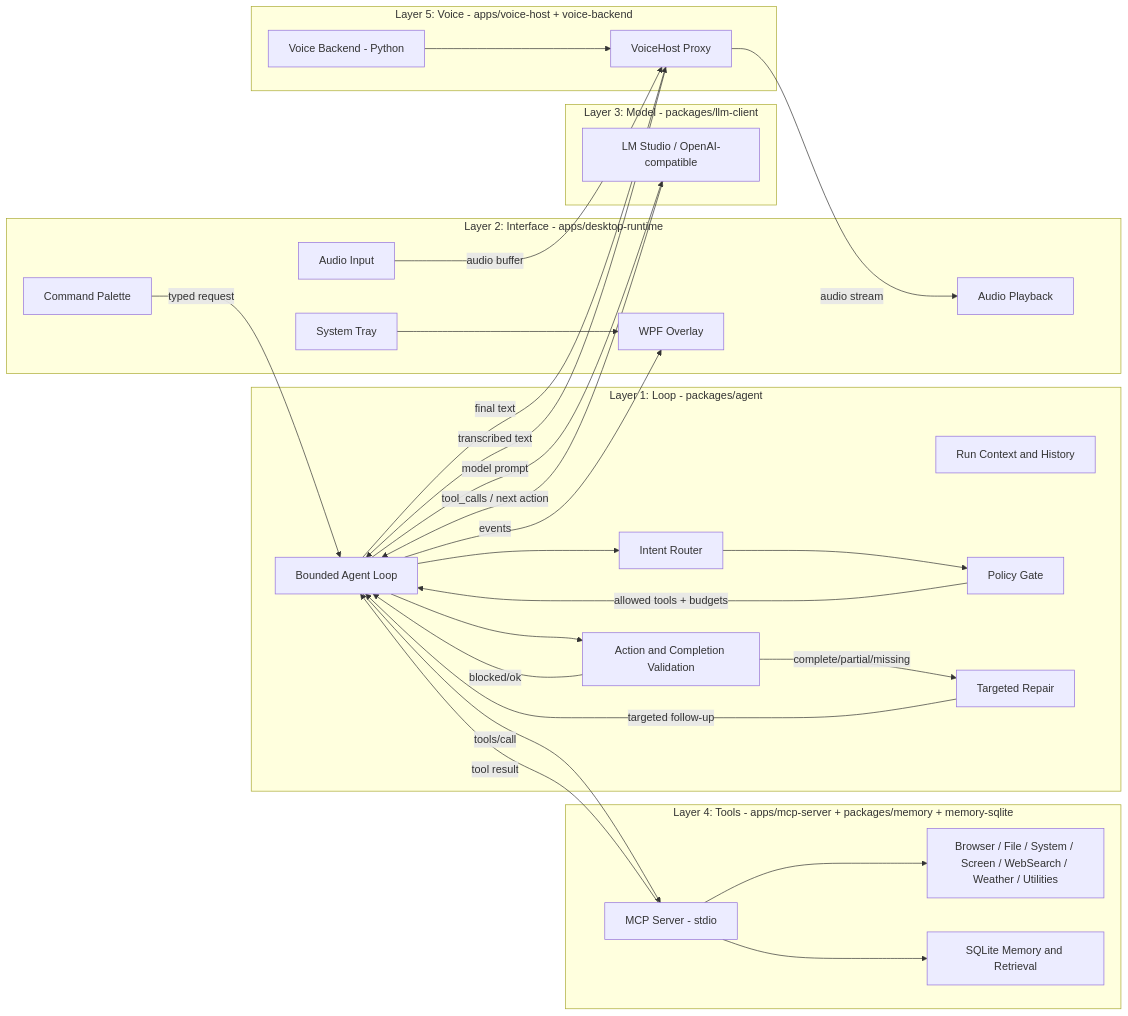
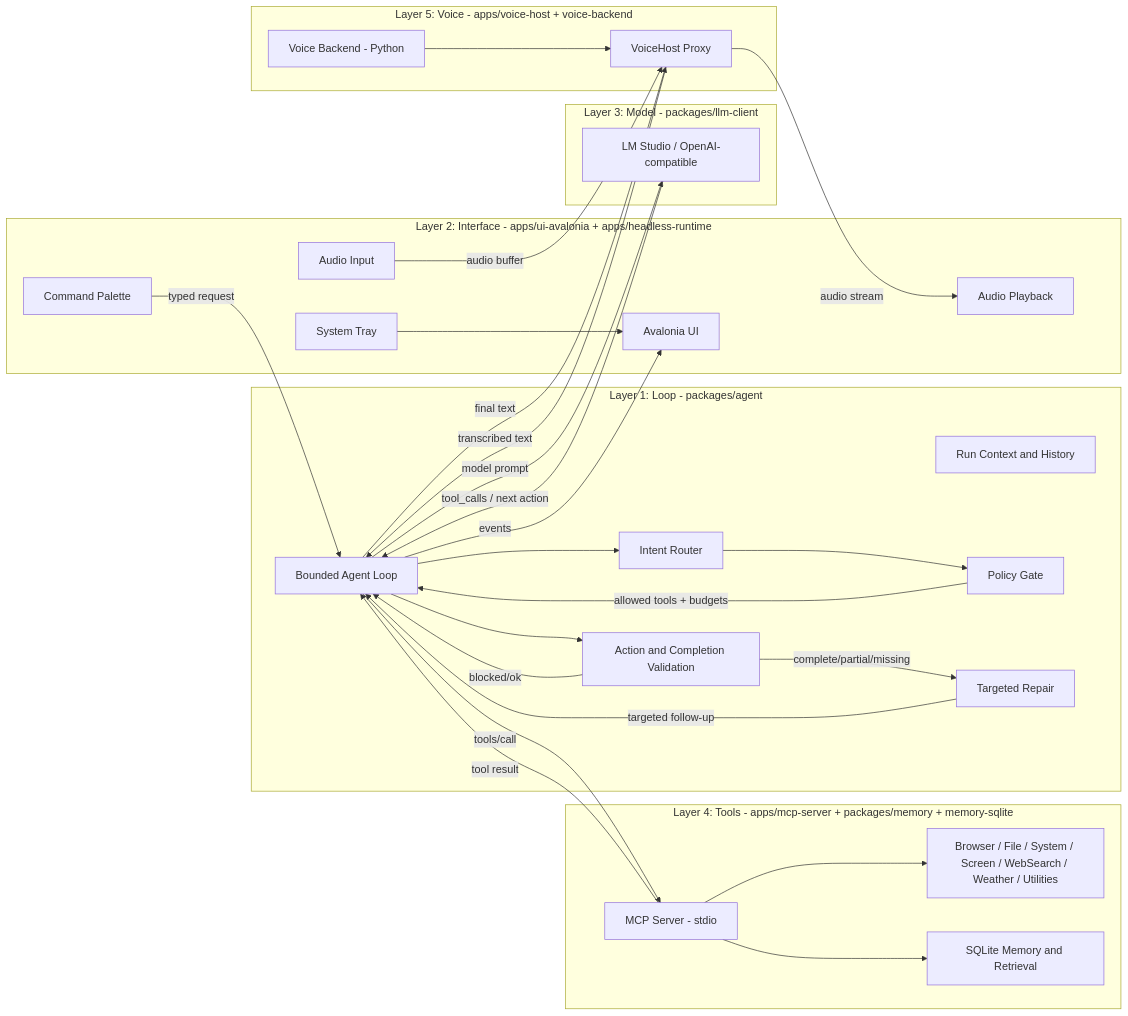
One commit to raydeStar/sir-thaddeus changed the diagram in README.md. Above: the diagram before and after it, drawn with Mermaid. The commit also changed other lines of this file and 3 other files, not shown here.

````diff
--- a/README.md
+++ b/README.md
@@ -218,61 +218,61 @@
 ```mermaid
 flowchart LR
   subgraph loop [Layer 1: Loop - packages/agent]
     Loop[Bounded Agent Loop]
     Context[Run Context and History]
     Router[Intent Router]
     Gate[Policy Gate]
     Validate[Action and Completion Validation]
     Repair[Targeted Repair]
   end
 
-  subgraph frontend [Layer 2: Interface - apps/desktop-runtime]
+  subgraph frontend [Layer 2: Interface - apps/ui-avalonia + apps/headless-runtime]
     Tray[System Tray]
-    Overlay[WPF Overlay]
+    Overlay[Avalonia UI]
     PTT[Audio Input]
     Playback[Audio Playback]
     Palette[Command Palette]
   end
 
   subgraph model [Layer 3: Model - packages/llm-client]
     LmStudio[LM Studio / OpenAI-compatible]
   end
 
   subgraph tools [Layer 4: Tools - apps/mcp-server + packages/memory + memory-sqlite]
     Server[MCP Server - stdio]
     Toolset[Browser / File / System / Screen / WebSearch / Weather / Utilities]
     Memory[SQLite Memory and Retrieval]
   end
 
   subgraph voice [Layer 5: Voice - apps/voice-host + voice-backend]
     VoiceHost[VoiceHost Proxy]
     VoiceBackend[Voice Backend - Python]
     VoiceBackend --> VoiceHost
   end
 
   PTT -->|audio buffer| VoiceHost
   VoiceHost -->|transcribed text| Loop
   Palette -->|typed request| Loop
 
   Loop --> Router --> Gate
   Gate -->|allowed tools + budgets| Loop
 
   Loop -->|model prompt| LmStudio
   LmStudio -->|tool_calls / next action| Loop
 
   Loop --> Validate
   Validate -->|blocked/ok| Loop
   Validate -->|complete/partial/missing| Repair
   Repair -->|targeted follow-up| Loop
 
   Loop -->|tools/call| Server
   Server --> Toolset
   Server --> Memory
   Server -->|tool result| Loop
 
   Loop -->|final text| VoiceHost
   VoiceHost -->|audio stream| Playback
 
   Loop -->|events| Overlay
   Tray --> Overlay
 ```
````
